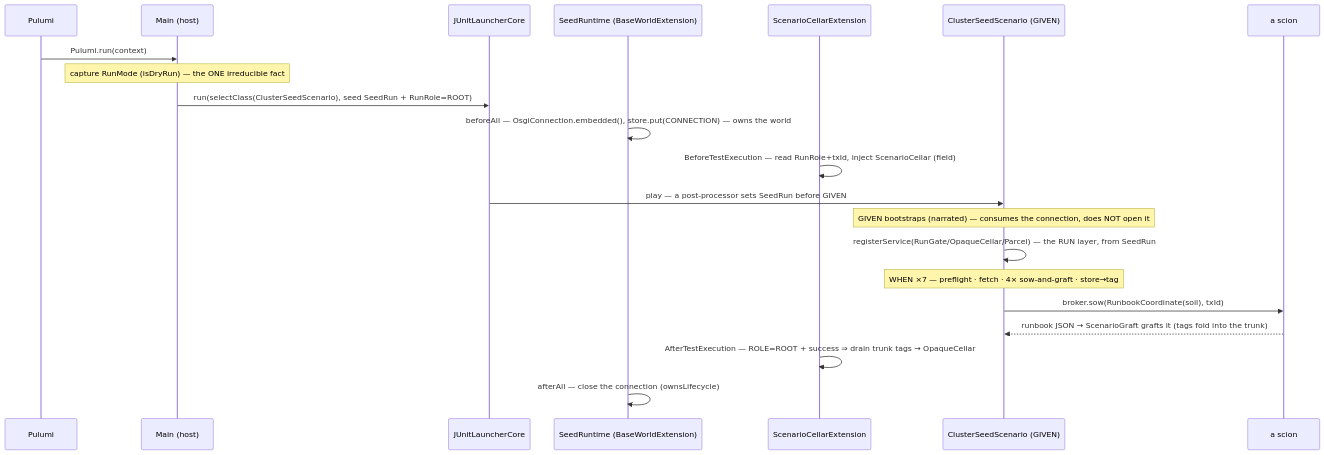
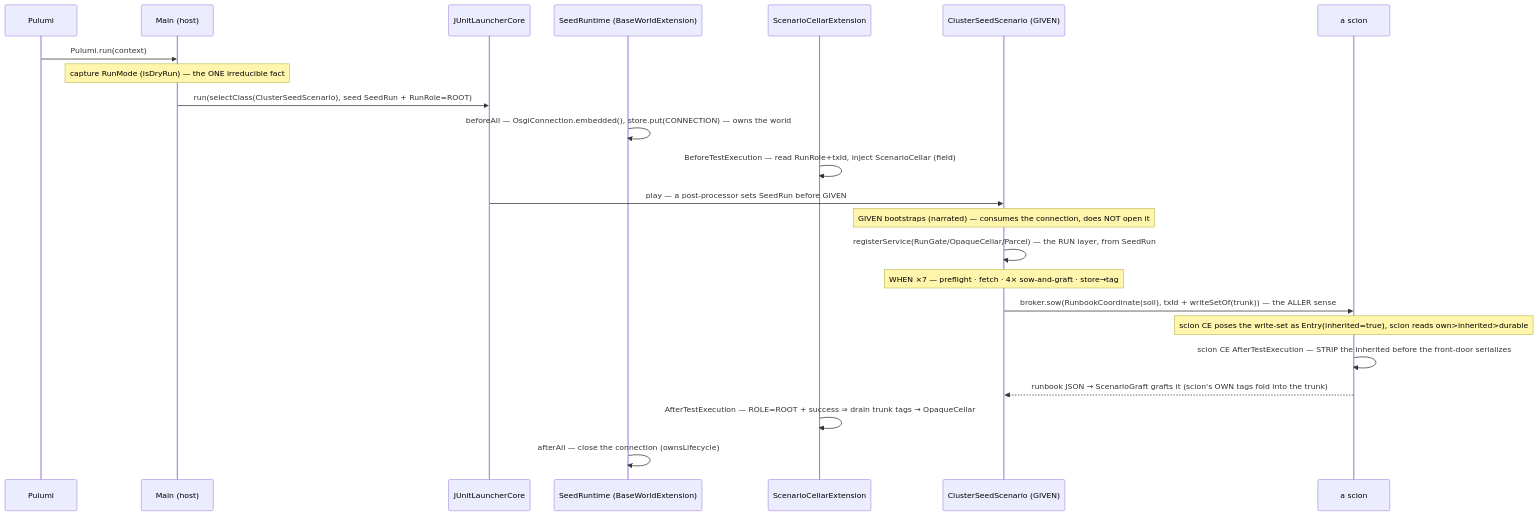
Before and after one commit to nxmatic/rke2lab: the third of 7 diagrams in docs/architecture/atlas/seed.adoc, drawn with Mermaid. The commit also changed other lines of this file and 50 other files, not shown here.

First line of the commit message:
feat(cellar): the transaction descends — write-set ALLER sense + HostSlotSelector reads the cellar

```diff
--- a/docs/architecture/atlas/seed.adoc
+++ b/docs/architecture/atlas/seed.adoc
@@ -294,25 +294,27 @@
 [mermaid]
 ----
 sequenceDiagram
   participant P as Pulumi
   participant M as Main (host)
   participant L as JUnitLauncherCore
   participant WE as SeedRuntime (BaseWorldExtension)
   participant CE as ScenarioCellarExtension
   participant S as ClusterSeedScenario (GIVEN)
   participant Sc as a scion
 
   P->>M: Pulumi.run(context)
   Note over M: capture RunMode (isDryRun) — the ONE irreducible fact
   M->>L: run(selectClass(ClusterSeedScenario), seed SeedRun + RunRole=ROOT)
   WE->>WE: beforeAll — OsgiConnection.embedded(), store.put(CONNECTION) — owns the world
   CE->>CE: BeforeTestExecution — read RunRole+txId, inject ScenarioCellar (field)
   L->>S: play — a post-processor sets SeedRun before GIVEN
   Note over S: GIVEN bootstraps (narrated) — consumes the connection, does NOT open it
   S->>S: registerService(RunGate/OpaqueCellar/Parcel) — the RUN layer, from SeedRun
   Note over S: WHEN ×7 — preflight · fetch · 4× sow-and-graft · store→tag
-  S->>Sc: broker.sow(RunbookCoordinate(soil), txId)
-  Sc-->>S: runbook JSON → ScenarioGraft grafts it (tags fold into the trunk)
+  S->>Sc: broker.sow(RunbookCoordinate(soil), txId + writeSetOf(trunk)) — the ALLER sense
+  Note over Sc: scion CE poses the write-set as Entry(inherited=true), scion reads own>inherited>durable
+  Sc->>Sc: scion CE AfterTestExecution — STRIP the inherited before the front-door serializes
+  Sc-->>S: runbook JSON → ScenarioGraft grafts it (scion's OWN tags fold into the trunk)
   CE->>CE: AfterTestExecution — ROLE=ROOT + success ⇒ drain trunk tags → OpaqueCellar
   WE->>WE: afterAll — close the connection (ownsLifecycle)
 ----
```
